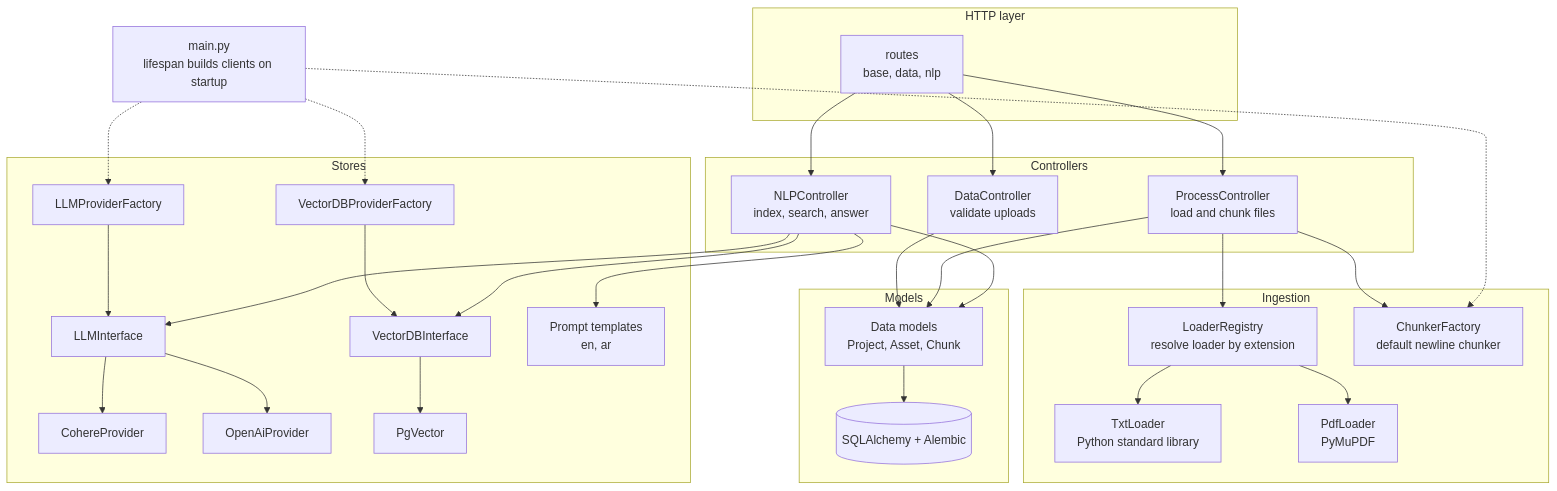
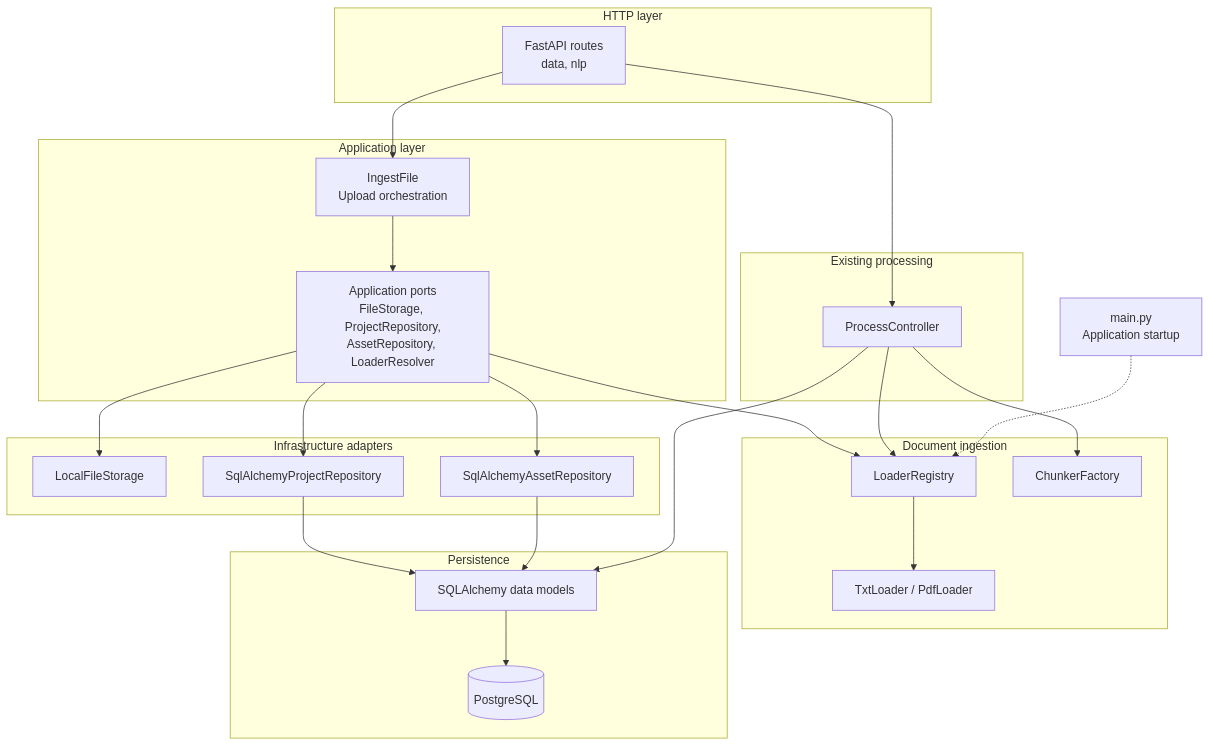
The second of 6 diagrams in README.md (ElsebaiyMohamed/MiniRag_26), drawn with Mermaid before and after one commit. The commit also changed other lines of this file and 2 other files, not shown here.

Commit message:
docs(ingestion): document application-layer ingestion

````diff
--- a/README.md
+++ b/README.md
@@ -98,45 +104,53 @@
 ```mermaid
 flowchart TB
-    main["main.py<br/>lifespan builds clients on startup"]
+    main["main.py<br/>Application startup"]
 
     subgraph http["HTTP layer"]
-        routes["routes<br/>base, data, nlp"]
+        routes["FastAPI routes<br/>data, nlp"]
     end
 
-    subgraph logic["Controllers"]
-        dc["DataController<br/>validate uploads"]
-        pc["ProcessController<br/>load and chunk files"]
-        nc["NLPController<br/>index, search, answer"]
+    subgraph application["Application layer"]
+        ingest["IngestFile<br/>Upload orchestration"]
+        ports["Application ports<br/>FileStorage, ProjectRepository,<br/>AssetRepository, LoaderResolver"]
     end
 
-    subgraph ingestion["Ingestion"]
-        lr["LoaderRegistry<br/>resolve loader by extension"]
-        txt["TxtLoader<br/>Python standard library"]
-        pdf["PdfLoader<br/>PyMuPDF"]
-        cf["ChunkerFactory<br/>default newline chunker"]
-
-        lr --> txt
-        lr --> pdf
+    subgraph infrastructure["Infrastructure adapters"]
+        storage["LocalFileStorage"]
+        project_repo["SqlAlchemyProjectRepository"]
+        asset_repo["SqlAlchemyAssetRepository"]
     end
 
-    subgraph persistence["Models"]
-        dm["Data models<br/>Project, Asset, Chunk"]
-        orm[("SQLAlchemy + Alembic")]
+    subgraph ingestion["Document ingestion"]
+        registry["LoaderRegistry"]
+        loaders["TxtLoader / PdfLoader"]
+        chunker["ChunkerFactory"]
+        registry --> loaders
     end
 
-    subgraph stores["Stores"]
-        llmf["LLMProviderFactory"] --> llmi["LLMInterface"]
-        llmi --> cohere["CohereProvider"]
-        llmi --> openai["OpenAiProvider"]
-        vf["VectorDBProviderFactory"] --> vi["VectorDBInterface"]
-        vi --> pgv["PgVector"]
-        tpl["Prompt templates<br/>en, ar"]
+    subgraph persistence["Persistence"]
+        models["SQLAlchemy data models"]
+        db[("PostgreSQL")]
+        models --> db
     end
 
-    routes --> dc & pc & nc
-    pc --> lr
-    pc --> cf
-    dc & pc & nc --> dm --> orm
-    nc --> llmi & vi & tpl
-    main -.-> llmf & vf & cf
+    subgraph processing["Existing processing"]
+        process["ProcessController"]
+    end
+
+    routes --> ingest
+    ingest --> ports
+    ports --> storage
+    ports --> project_repo
+    ports --> asset_repo
+    ports --> registry
+
+    project_repo --> models
+    asset_repo --> models
+
+    routes --> process
+    process --> registry
+    process --> chunker
+    process --> models
+
+    main -.-> registry
 ```
````
